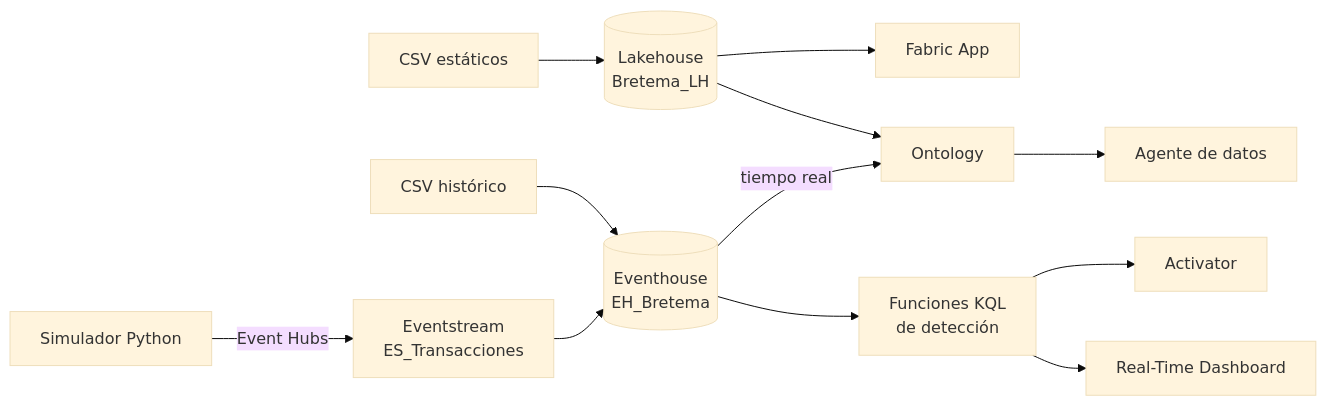
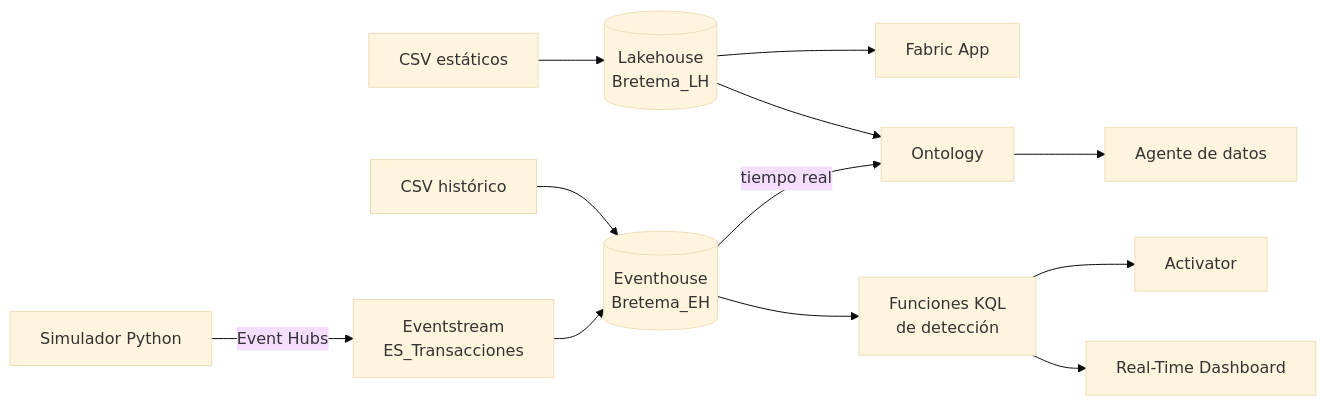
Before and after one commit to AbenFdez/Banco_Bretema_Prevencion_Fraude: the diagram in README.md, drawn with Mermaid (base theme). The commit also changed 15 other files, not shown here.

First line of the commit message:
Fase 2: Eventhouse Bretema_EH, tablas creadas y mapeo JSON corregido

````diff
--- a/README.md
+++ b/README.md
@@ -32,13 +32,13 @@
 ```mermaid
 flowchart LR
     CSV1[CSV estáticos] --> LH[(Lakehouse<br/>Bretema_LH)]
-    CSV2[CSV histórico] --> EH[(Eventhouse<br/>EH_Bretema)]
+    CSV2[CSV histórico] --> EH[(Eventhouse<br/>Bretema_EH)]
     SIM[Simulador Python] -->|Event Hubs| ES[Eventstream<br/>ES_Transacciones] --> EH
     EH --> KQL[Funciones KQL<br/>de detección]
     KQL --> RTD[Real-Time Dashboard]
     KQL --> ACT[Activator]
     LH --> ONT[Ontology]
     EH -->|tiempo real| ONT
     ONT --> AG[Agente de datos]
     LH --> APP[Fabric App]
 ```
````
